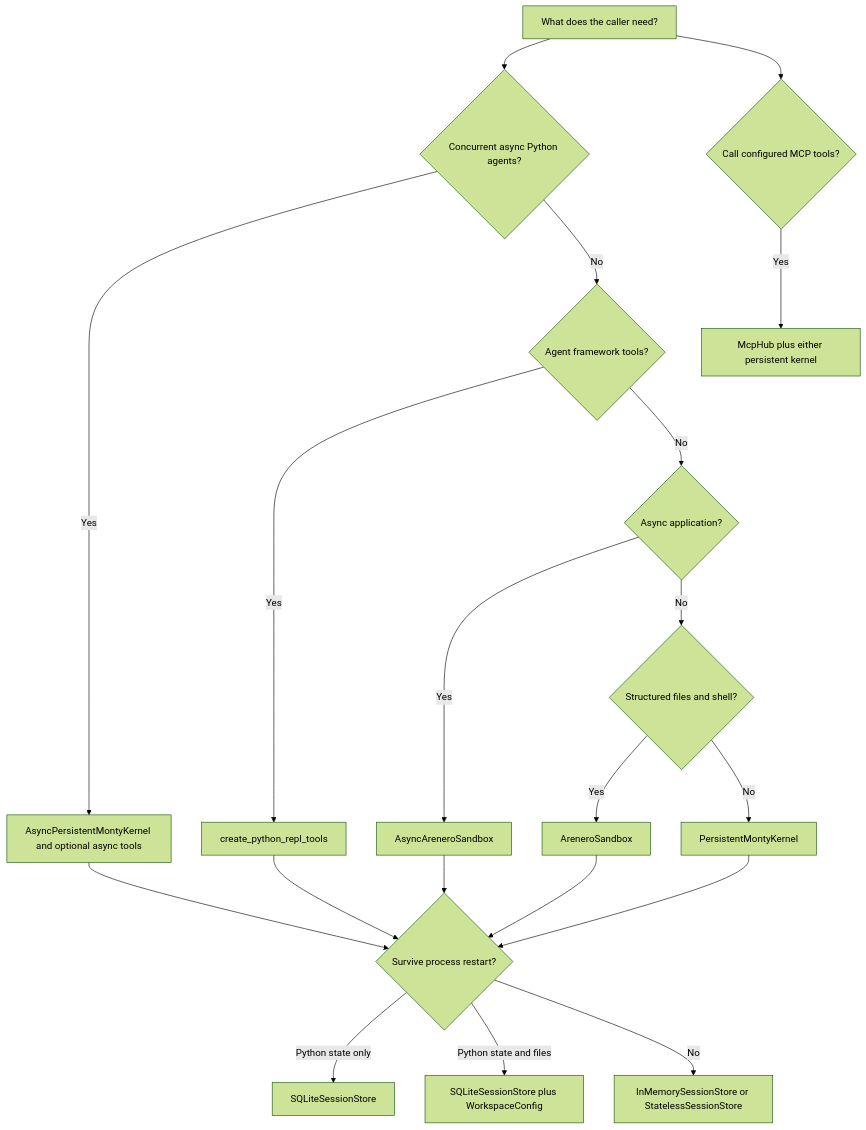
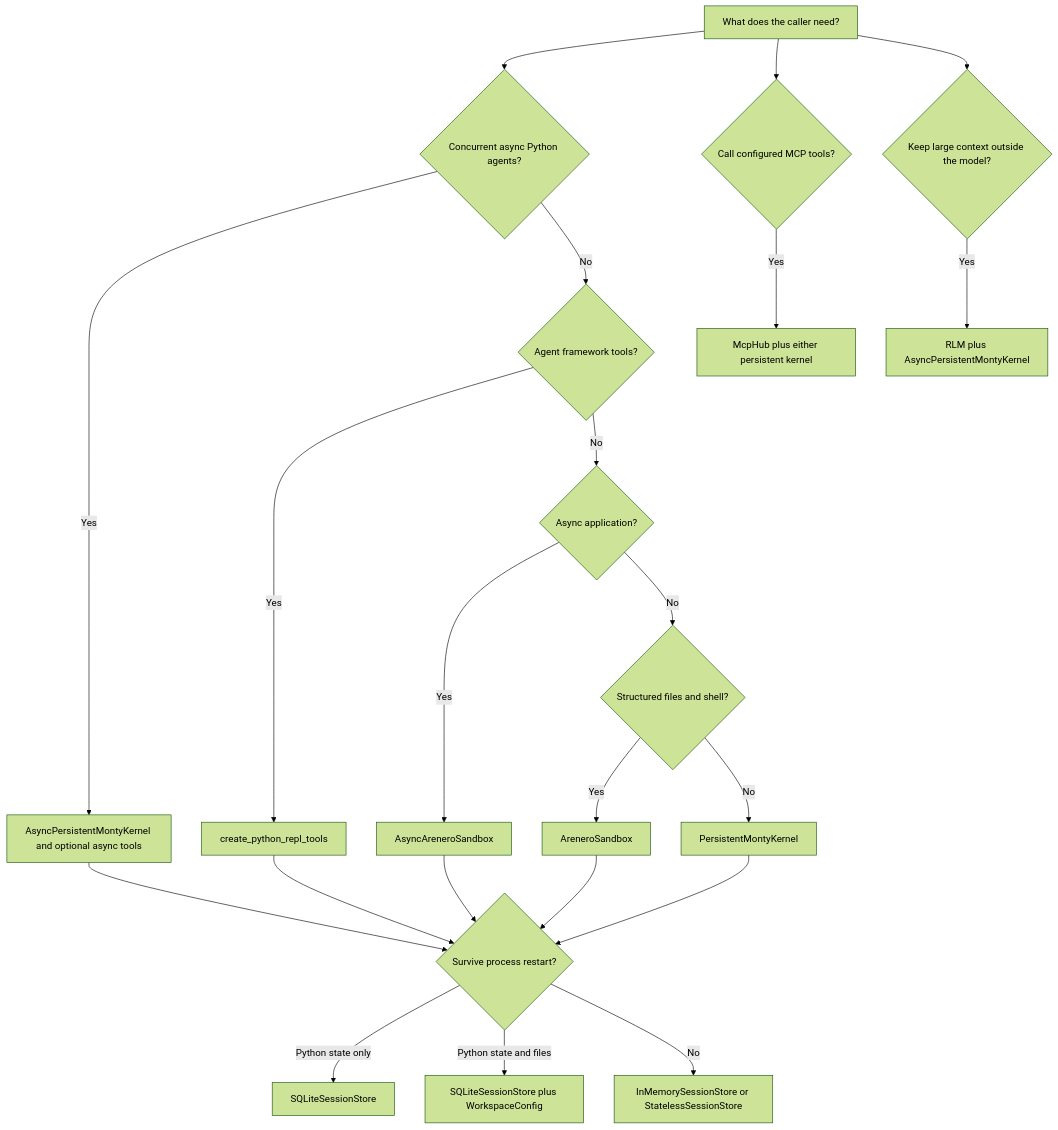
One commit to sgaseretto/arenero changed the diagram in docs/usage-and-capabilities.md. Above: the diagram before and after it, drawn with Mermaid (forest theme). The commit also changed other lines of this file and 46 other files, not shown here.

````diff
--- a/docs/usage-and-capabilities.md
+++ b/docs/usage-and-capabilities.md
@@ -26,22 +29,24 @@
 ```mermaid
 flowchart TD
     Need["What does the caller need?"] --> Batch{"Concurrent async Python agents?"}
     Batch -->|Yes| Native["AsyncPersistentMontyKernel and optional async tools"]
     Batch -->|No| Agent{"Agent framework tools?"}
     Agent -->|Yes| Tools["create_python_repl_tools"]
     Agent -->|No| Async{"Async application?"}
     Async -->|Yes| AsyncFacade["AsyncAreneroSandbox"]
     Async -->|No| Surface{"Structured files and shell?"}
     Surface -->|Yes| Facade["AreneroSandbox"]
     Surface -->|No| Kernel["PersistentMontyKernel"]
     Tools --> Durable{"Survive process restart?"}
     Native --> Durable
     AsyncFacade --> Durable
     Facade --> Durable
     Kernel --> Durable
     Need --> MCP{"Call configured MCP tools?"}
     MCP -->|Yes| Hub["McpHub plus either persistent kernel"]
+    Need --> RLMNeed{"Keep large context outside the model?"}
+    RLMNeed -->|Yes| RLM["RLM plus AsyncPersistentMontyKernel"]
     Durable -->|Python state only| SQLite["SQLiteSessionStore"]
     Durable -->|Python state and files| Workspace["SQLiteSessionStore plus WorkspaceConfig"]
     Durable -->|No| Memory["InMemorySessionStore or StatelessSessionStore"]
 ```
````
